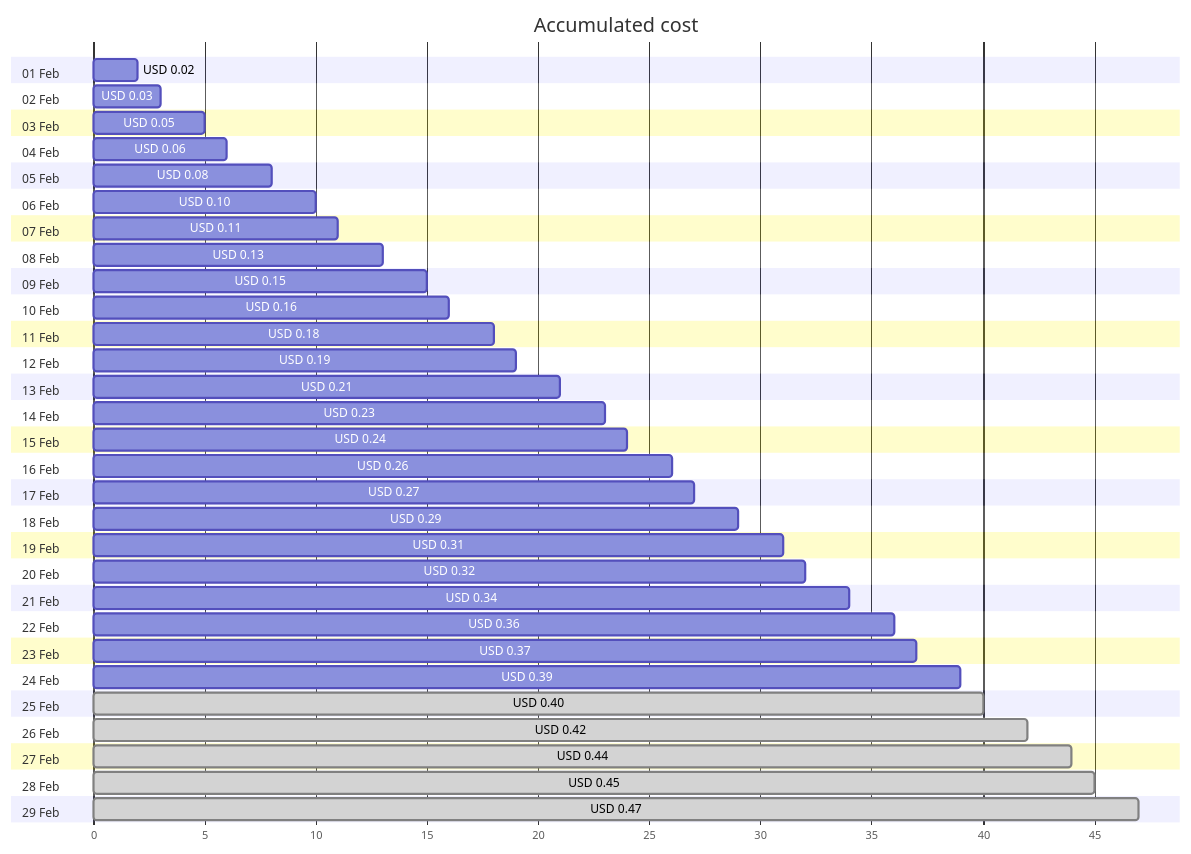
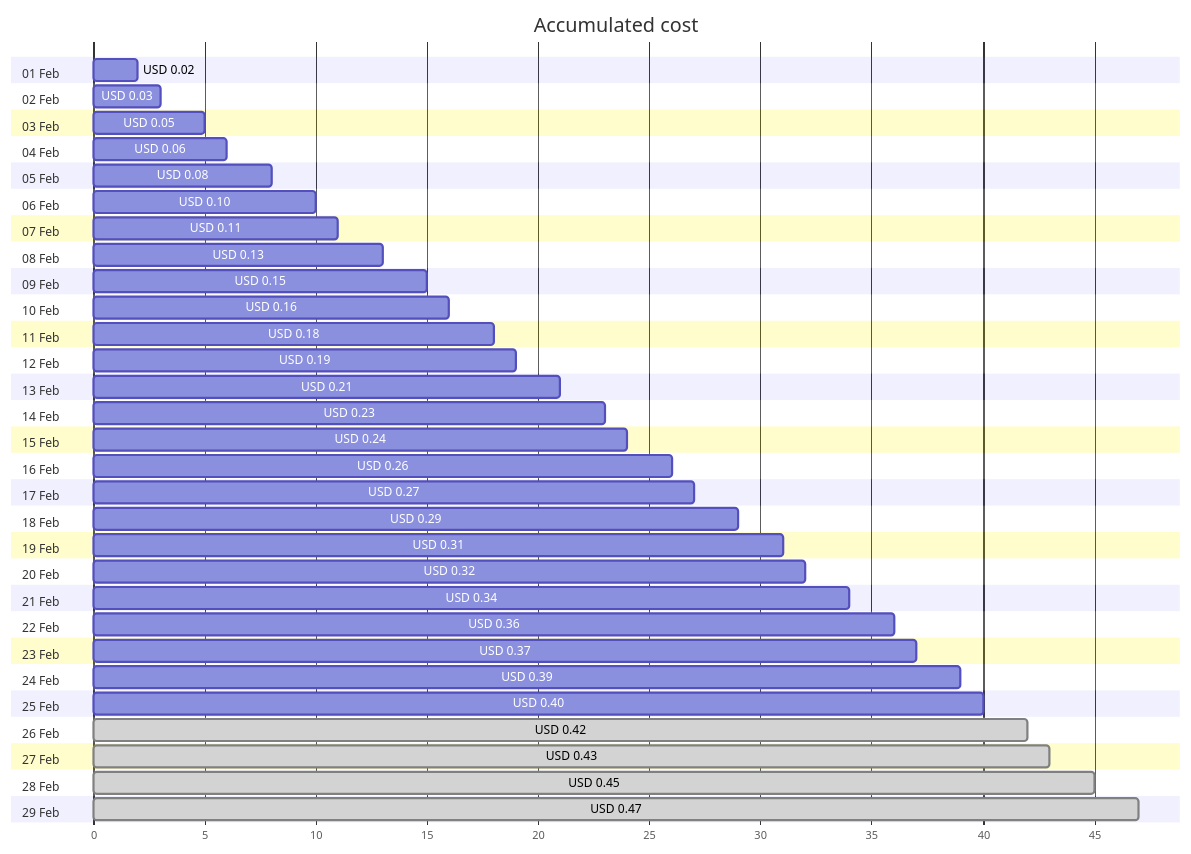
Before and after one commit to jpfulton/azure-personal-reports: the first of 4 diagrams in cost-reports/personal-network/private.jpatrickfulton.com.md, drawn with Mermaid. The commit also changed other lines of this file and 8 other files, not shown here.

````diff
--- a/cost-reports/personal-network/private.jpatrickfulton.com.md
+++ b/cost-reports/personal-network/private.jpatrickfulton.com.md
@@ -20,64 +20,64 @@
 ```mermaid
 gantt
    title Accumulated cost
    dateFormat  X
    axisFormat %s
    section 01 Feb
    USD 0.02 :0, 2
    section 02 Feb
    USD 0.03 :0, 3
    section 03 Feb
    USD 0.05 :0, 5
    section 04 Feb
    USD 0.06 :0, 6
    section 05 Feb
    USD 0.08 :0, 8
    section 06 Feb
    USD 0.10 :0, 10
    section 07 Feb
    USD 0.11 :0, 11
    section 08 Feb
    USD 0.13 :0, 13
    section 09 Feb
    USD 0.15 :0, 15
    section 10 Feb
    USD 0.16 :0, 16
    section 11 Feb
    USD 0.18 :0, 18
    section 12 Feb
    USD 0.19 :0, 19
    section 13 Feb
    USD 0.21 :0, 21
    section 14 Feb
    USD 0.23 :0, 23
    section 15 Feb
    USD 0.24 :0, 24
    section 16 Feb
    USD 0.26 :0, 26
    section 17 Feb
    USD 0.27 :0, 27
    section 18 Feb
    USD 0.29 :0, 29
    section 19 Feb
    USD 0.31 :0, 31
    section 20 Feb
    USD 0.32 :0, 32
    section 21 Feb
    USD 0.34 :0, 34
    section 22 Feb
    USD 0.36 :0, 36
    section 23 Feb
    USD 0.37 :0, 37
    section 24 Feb
    USD 0.39 :0, 39
    section 25 Feb
-   USD 0.40 : done, 0, 40
+   USD 0.40 :0, 40
    section 26 Feb
    USD 0.42 : done, 0, 42
    section 27 Feb
-   USD 0.44 : done, 0, 44
+   USD 0.43 : done, 0, 43
    section 28 Feb
    USD 0.45 : done, 0, 45
    section 29 Feb
    USD 0.47 : done, 0, 47
 ```
````
